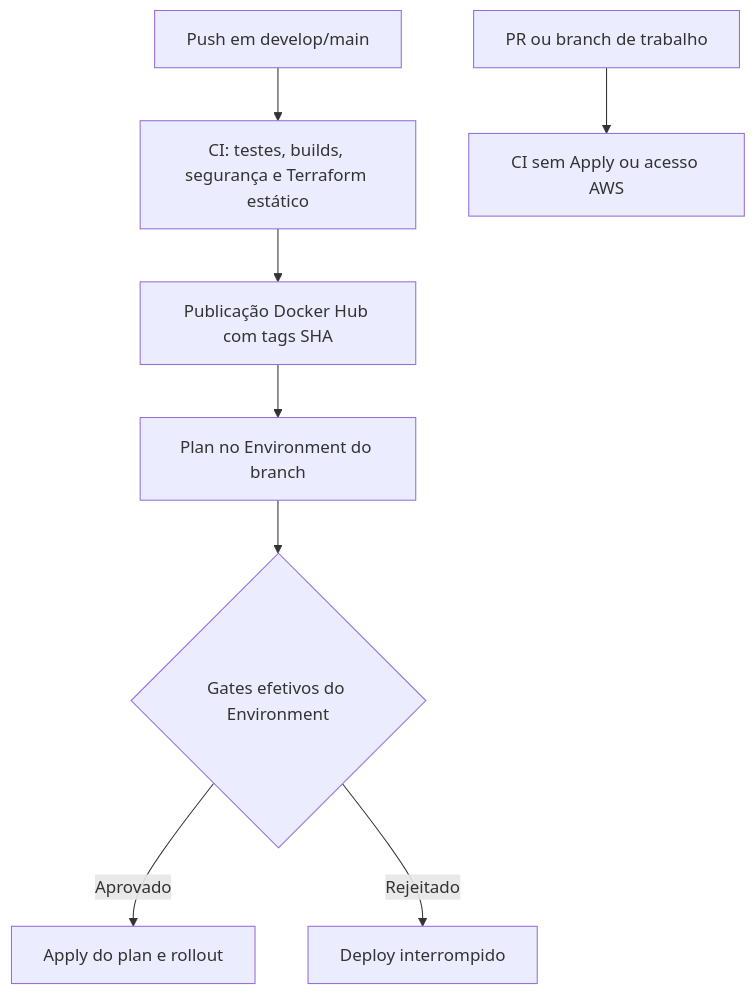
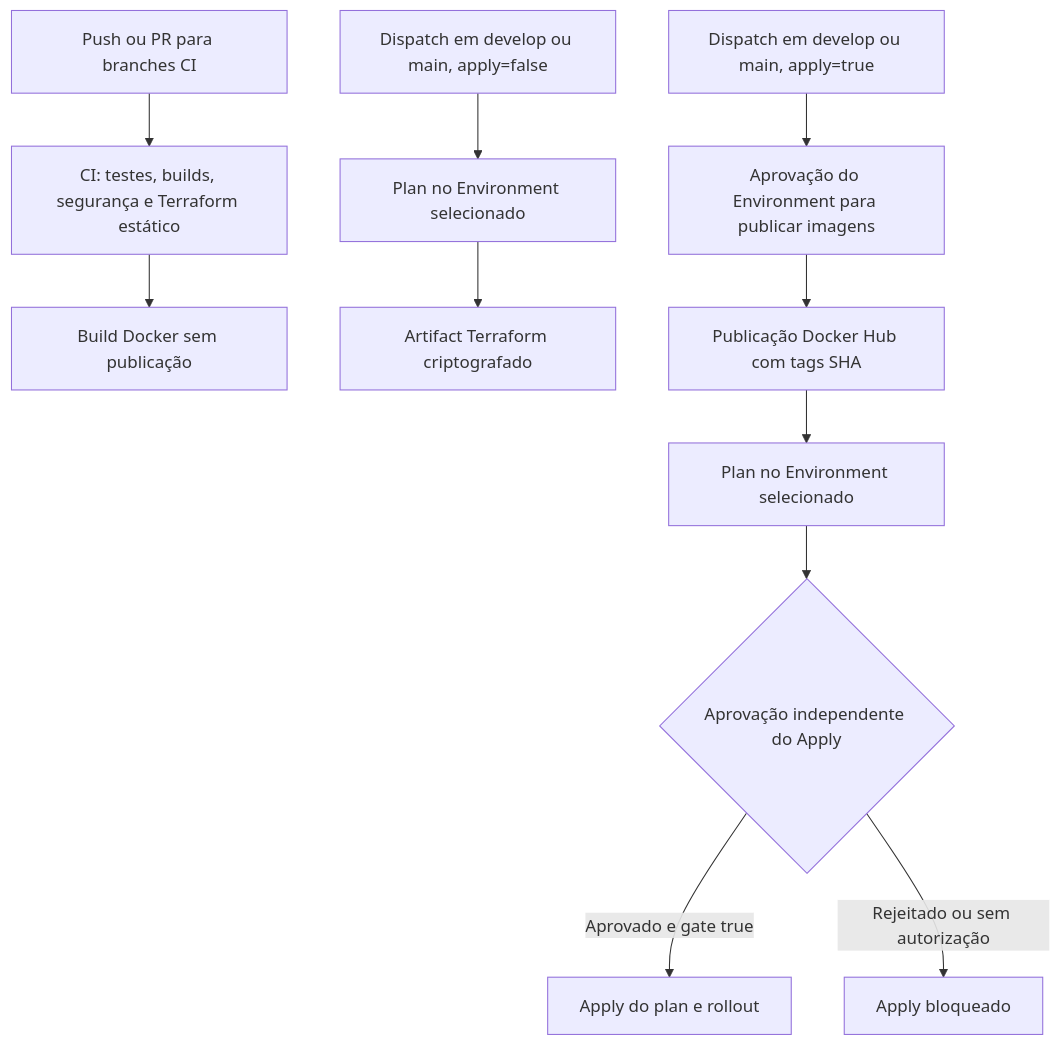
Before and after one commit to autoflow-fiap/autoflow: the diagram in README.md, drawn with Mermaid. The commit also changed other lines of this file and 8 other files, not shown here.

````diff
--- a/README.md
+++ b/README.md
@@ -228,10 +233,13 @@
 ```mermaid
 flowchart TD
-  A[Push em develop/main] --> B[CI: testes, builds, segurança e Terraform estático]
-  B --> D[Publicação Docker Hub com tags SHA]
-  D --> P[Plan no Environment do branch]
-  P --> G{Gates efetivos do Environment}
-  G -->|Aprovado| T[Apply do plan e rollout]
-  G -->|Rejeitado| X[Deploy interrompido]
-  R[PR ou branch de trabalho] --> C[CI sem Apply ou acesso AWS]
+  A[Push ou PR para branches CI] --> B[CI: testes, builds, segurança e Terraform estático]
+  B --> C[Build Docker sem publicação]
+  D[Dispatch em develop ou main, apply=false] --> P[Plan no Environment selecionado]
+  P --> F[Artifact Terraform criptografado]
+  E[Dispatch em develop ou main, apply=true] --> U[Aprovação do Environment para publicar imagens]
+  U --> I[Publicação Docker Hub com tags SHA]
+  I --> Q[Plan no Environment selecionado]
+  Q --> G{Aprovação independente do Apply}
+  G -->|Aprovado e gate true| T[Apply do plan e rollout]
+  G -->|Rejeitado ou sem autorização| X[Apply bloqueado]
 ```
````
